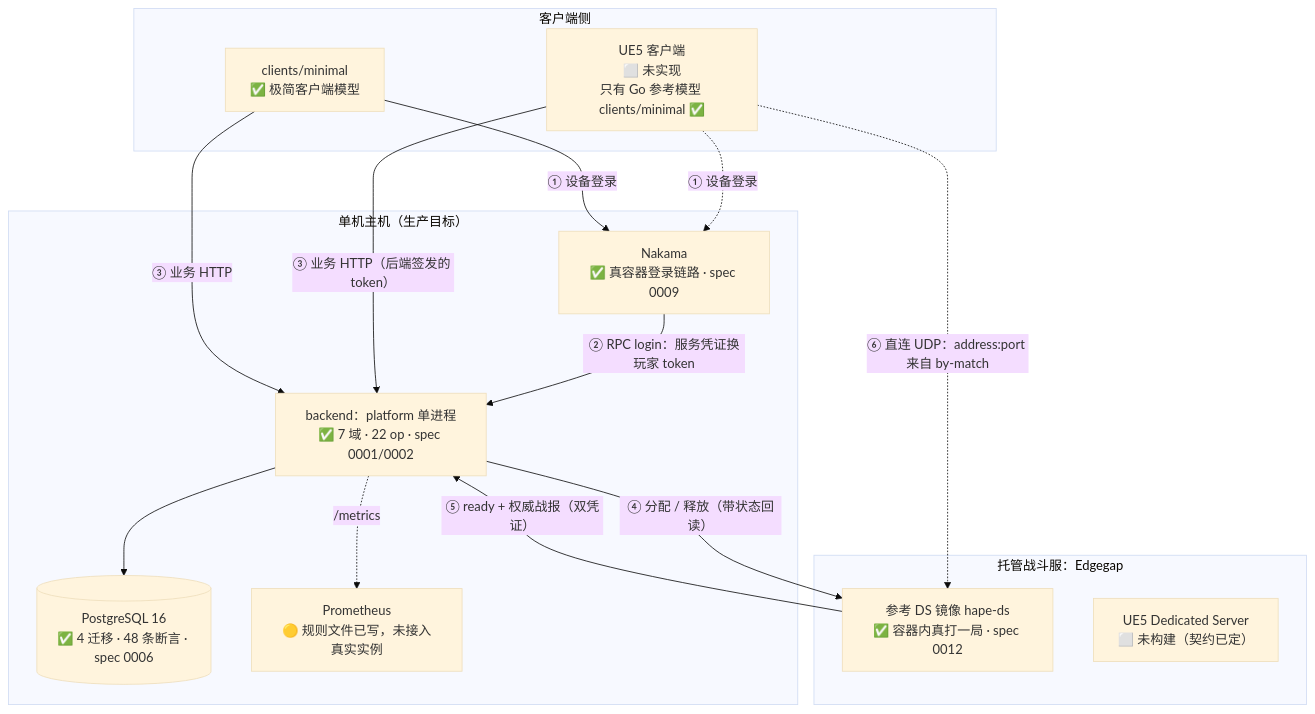
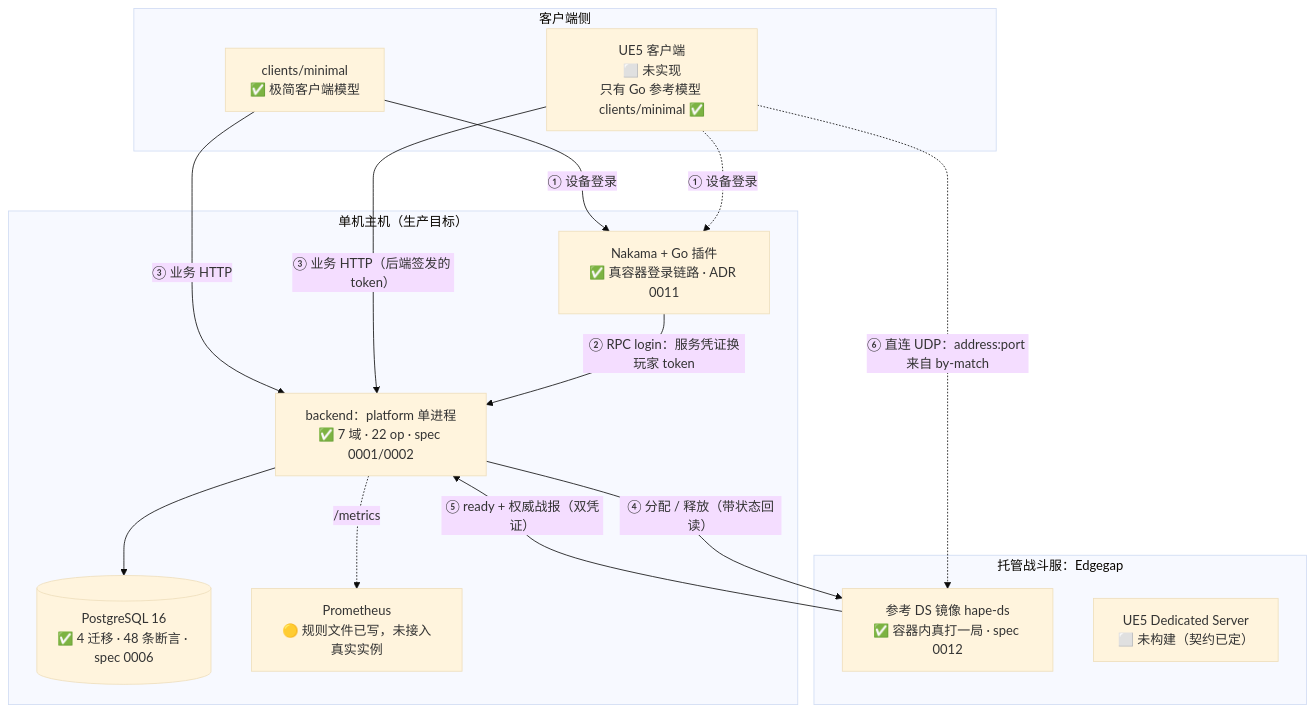
One commit to CoderYkj/Hape changed the first of 4 diagrams in docs/architecture-map.md. Above: the diagram before and after it, drawn with Mermaid (base theme). The commit also changed 2 other files, not shown here.

Commit message:
docs: finish the Go-plugin flip in the places the type-checker cannot see
The plugin is the verified bridge now (CI run #59: loaded, RPC called, backend answered, client
logged in and played a full match). What remained were references the compiler does not check:
the architecture page still named the deleted nakama/runtime/login.lua and called the
nakama-module job "the Lua module registers in a real Nakama", and the plugin's own header
still told the reader to build the .so locally and copy it in - the exact thing that fails.

- architecture-map.{md,html} now name nakama/modules and ADR 0011.
- nakama/modules/main.go's build instructions explain why a locally built .so cannot load
  (package hashes include the toolchain and --trimpath), point at nakama/Dockerfile, and say
  what CI proves.
- The only remaining mentions of login.lua are spec 0009 (history, marked superseded) and ADR
  0011's rollback instructions.

Verified: module tests still pass, gofmt clean, all 16 docs links resolve, and the only files
pointing at the deleted path are the two records that are supposed to.

````diff
--- a/docs/architecture-map.md
+++ b/docs/architecture-map.md
@@ -23,30 +23,30 @@
 ```mermaid
 graph TB
   subgraph CLIENT["客户端侧"]
     UE["UE5 客户端<br/>⬜ 未实现<br/>只有 Go 参考模型 clients/minimal ✅"]
     MIN["clients/minimal<br/>✅ 极简客户端模型"]
   end
 
   subgraph HOST["单机主机（生产目标）"]
-    NK["Nakama<br/>✅ 真容器登录链路 · spec 0009"]
+    NK["Nakama + Go 插件<br/>✅ 真容器登录链路 · ADR 0011"]
     BE["backend：platform 单进程<br/>✅ 7 域 · 22 op · spec 0001/0002"]
     PG[("PostgreSQL 16<br/>✅ 4 迁移 · 48 条断言 · spec 0006")]
     SM["Prometheus<br/>🟡 规则文件已写，未接入真实实例"]
   end
 
   subgraph VENDOR["托管战斗服：Edgegap"]
     DS["参考 DS 镜像 hape-ds<br/>✅ 容器内真打一局 · spec 0012"]
     UEDS["UE5 Dedicated Server<br/>⬜ 未构建（契约已定）"]
   end
 
   UE -.->|"① 设备登录"| NK
   MIN -->|"① 设备登录"| NK
   NK -->|"② RPC login：服务凭证换玩家 token"| BE
   UE -->|"③ 业务 HTTP（后端签发的 token）"| BE
   MIN -->|"③ 业务 HTTP"| BE
   BE -->|"④ 分配 / 释放（带状态回读）"| DS
   DS -->|"⑤ ready + 权威战报（双凭证）"| BE
   UE -.->|"⑥ 直连 UDP：address:port 来自 by-match"| DS
   BE --> PG
   BE -.->|"/metrics"| SM
 ```
````
